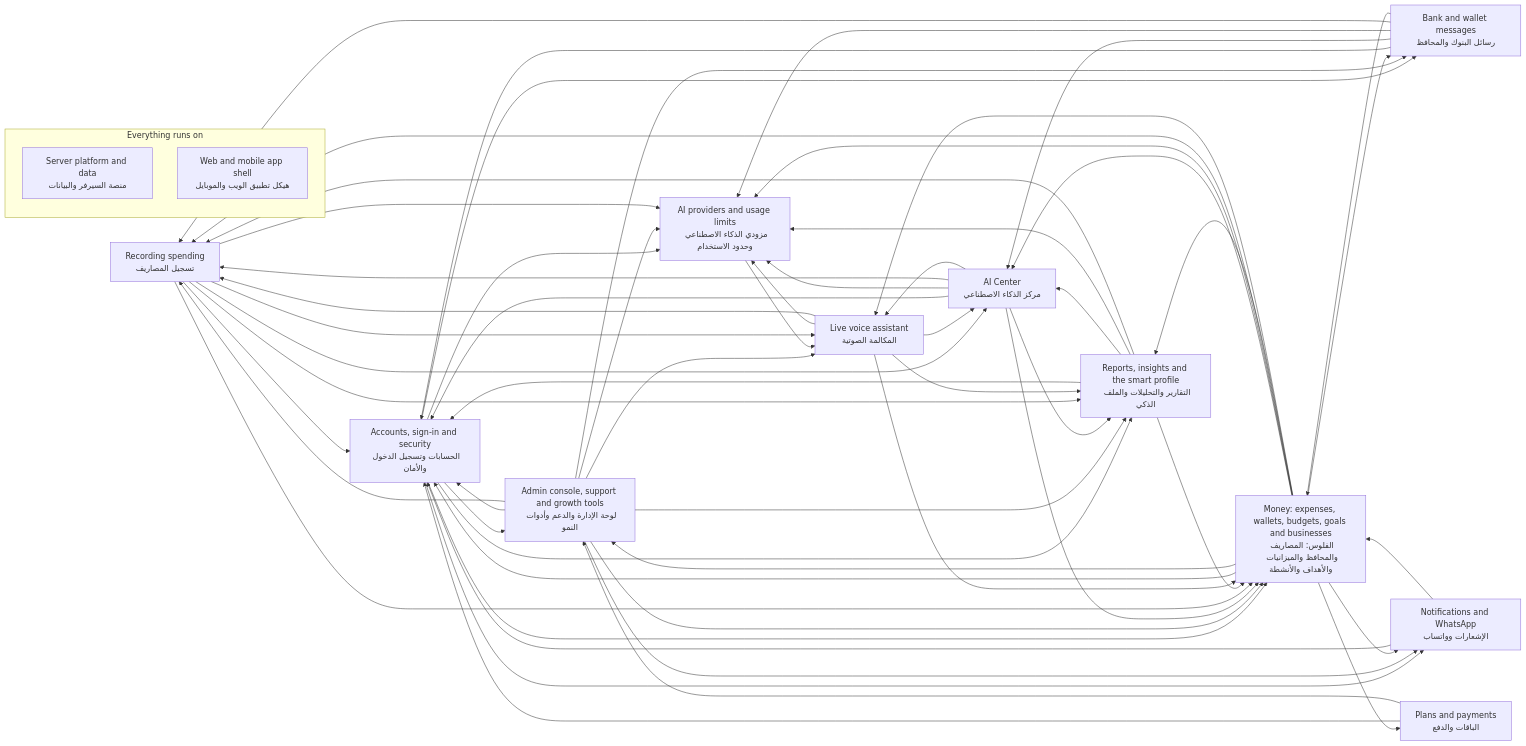
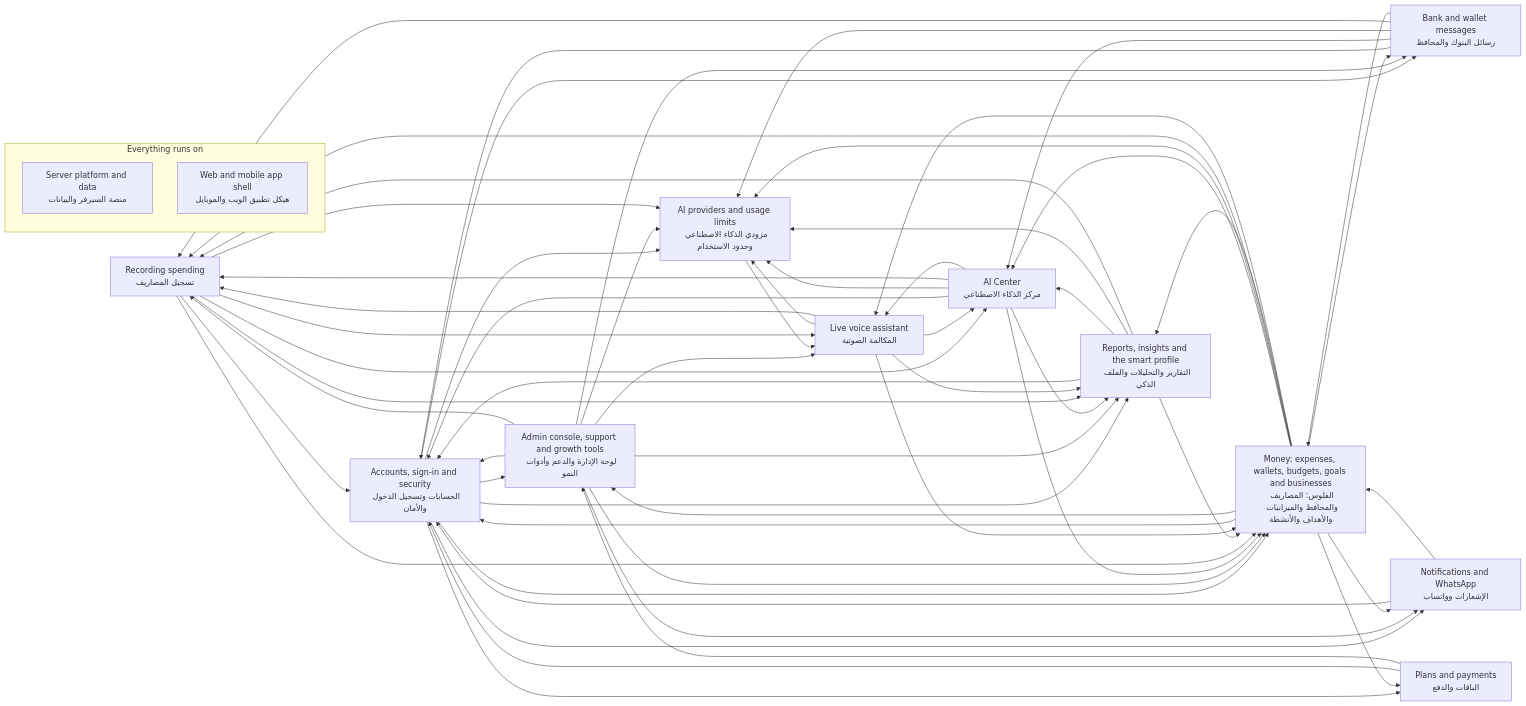
Before and after one commit to mahmoudtaherr111/smartspend_mini_all: the diagram in docs/atlas/systems/README.md, drawn with Mermaid. The commit also changed other lines of this file and 16 other files, not shown here.

````diff
--- a/docs/atlas/systems/README.md
+++ b/docs/atlas/systems/README.md
@@ -15,74 +15,75 @@
 ```mermaid
 flowchart LR
   sys_expense_capture["Recording spending<br/>تسجيل المصاريف"]
   sys_bank_messages["Bank and wallet messages<br/>رسائل البنوك والمحافظ"]
   sys_voice_calls["Live voice assistant<br/>المكالمة الصوتية"]
   sys_ai_center["AI Center<br/>مركز الذكاء الاصطناعي"]
   sys_insights["Reports, insights and the smart profile<br/>التقارير والتحليلات والملف الذكي"]
   sys_money["Money: expenses, wallets, budgets, goals and businesses<br/>الفلوس: المصاريف والمحافظ والميزانيات والأهداف والأنشطة"]
   sys_accounts["Accounts, sign-in and security<br/>الحسابات وتسجيل الدخول والأمان"]
   sys_billing["Plans and payments<br/>الباقات والدفع"]
   sys_notifications["Notifications and WhatsApp<br/>الإشعارات وواتساب"]
   sys_admin["Admin console, support and growth tools<br/>لوحة الإدارة والدعم وأدوات النمو"]
   sys_ai_platform["AI providers and usage limits<br/>مزودي الذكاء الاصطناعي وحدود الاستخدام"]
   subgraph g_foundation["Everything runs on"]
     sys_platform["Server platform and data<br/>منصة السيرفر والبيانات"]
     sys_web_app["Web and mobile app shell<br/>هيكل تطبيق الويب والموبايل"]
   end
   sys_accounts --> sys_admin
   sys_accounts --> sys_ai_platform
   sys_accounts --> sys_bank_messages
+  sys_accounts --> sys_billing
   sys_accounts --> sys_insights
   sys_accounts --> sys_money
   sys_accounts --> sys_notifications
   sys_admin --> sys_accounts
   sys_admin --> sys_ai_platform
   sys_admin --> sys_bank_messages
   sys_admin --> sys_expense_capture
   sys_admin --> sys_insights
   sys_admin --> sys_money
   sys_admin --> sys_notifications
   sys_admin --> sys_voice_calls
   sys_ai_center --> sys_accounts
   sys_ai_center --> sys_ai_platform
   sys_ai_center --> sys_expense_capture
   sys_ai_center --> sys_insights
   sys_ai_center --> sys_money
   sys_ai_center --> sys_voice_calls
   sys_ai_platform --> sys_voice_calls
   sys_bank_messages --> sys_accounts
   sys_bank_messages --> sys_ai_center
   sys_bank_messages --> sys_ai_platform
   sys_bank_messages --> sys_expense_capture
   sys_bank_messages --> sys_money
   sys_billing --> sys_accounts
   sys_billing --> sys_admin
   sys_expense_capture --> sys_accounts
   sys_expense_capture --> sys_ai_center
   sys_expense_capture --> sys_ai_platform
   sys_expense_capture --> sys_insights
   sys_expense_capture --> sys_money
   sys_expense_capture --> sys_voice_calls
   sys_insights --> sys_accounts
   sys_insights --> sys_ai_center
   sys_insights --> sys_ai_platform
   sys_insights --> sys_expense_capture
   sys_insights --> sys_money
   sys_money --> sys_accounts
   sys_money --> sys_admin
   sys_money --> sys_ai_center
   sys_money --> sys_ai_platform
   sys_money --> sys_bank_messages
   sys_money --> sys_billing
   sys_money --> sys_expense_capture
   sys_money --> sys_insights
   sys_money --> sys_notifications
   sys_money --> sys_voice_calls
   sys_notifications --> sys_accounts
   sys_notifications --> sys_money
   sys_voice_calls --> sys_ai_center
   sys_voice_calls --> sys_ai_platform
   sys_voice_calls --> sys_expense_capture
   sys_voice_calls --> sys_insights
   sys_voice_calls --> sys_money
 ```
````
